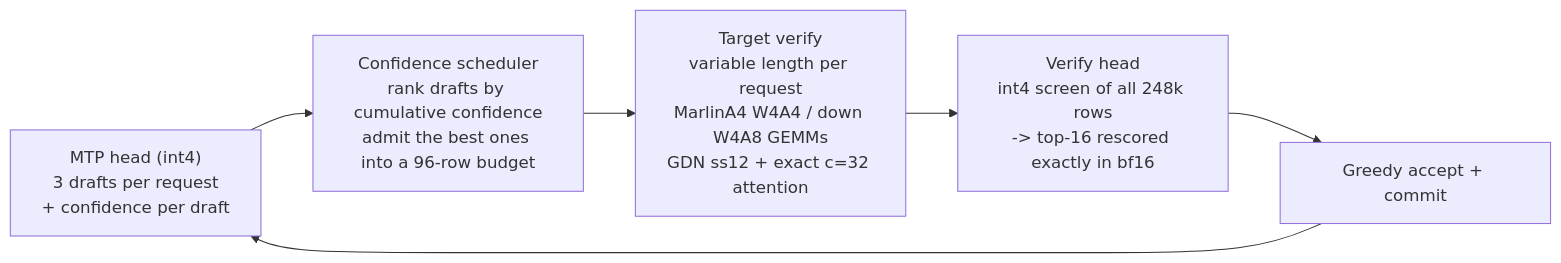
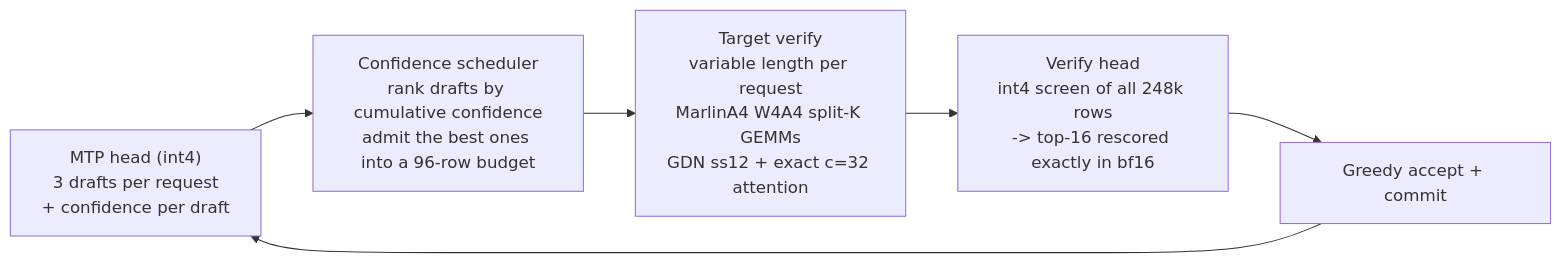
The second of 2 diagrams in README.md (atdev-company/atdev-serve), drawn with Mermaid before and after one commit. The commit also changed other lines of this file and 15 other files, not shown here.

````diff
--- a/README.md
+++ b/README.md
@@ -171,8 +152,8 @@
 ```mermaid
 flowchart LR
     A["MTP head (int4)<br/>3 drafts per request<br/>+ confidence per draft"] --> B["Confidence scheduler<br/>rank drafts by cumulative confidence<br/>admit the best ones into a 96-row budget"]
-    B --> C["Target verify<br/>variable length per request<br/>MarlinA4 W4A4 / down W4A8 GEMMs<br/>GDN ss12 + exact c=32 attention"]
+    B --> C["Target verify<br/>variable length per request<br/>MarlinA4 W4A4 split-K GEMMs<br/>GDN ss12 + exact c=32 attention"]
     C --> D["Verify head<br/>int4 screen of all 248k rows<br/>-> top-16 rescored exactly in bf16"]
     D --> E["Greedy accept + commit"]
     E --> A
 ```
````
